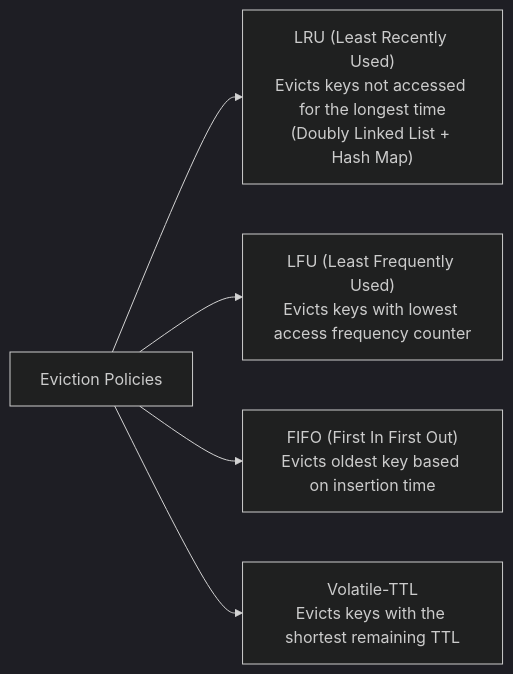
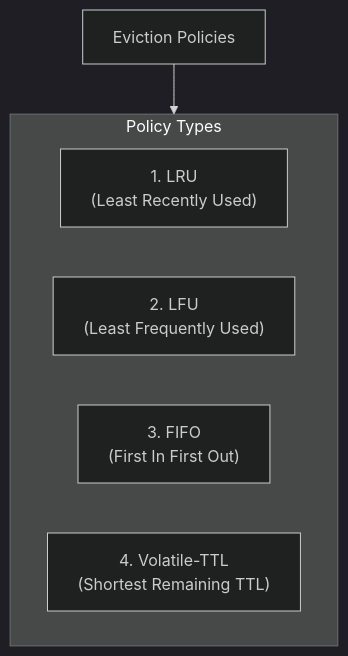
The second of 5 diagrams in strivers-hld/05-Caching/README.md (Sourav108/strivers-lld), drawn with Mermaid (dark theme) before and after one commit. The commit also changed other lines of this file and 39 other files, not shown here.

Commit message:
fix(mermaid): wrap node labels, simplify diamonds, and reformat wide diagrams for perfect GitHub rendering

````diff
--- a/strivers-hld/05-Caching/README.md
+++ b/strivers-hld/05-Caching/README.md
@@ -44,7 +44,13 @@
 ```mermaid
-flowchart LR
-    Policies["Eviction Policies"] --> LRU["LRU (Least Recently Used)<br/>Evicts keys not accessed for the longest time<br/>(Doubly Linked List + Hash Map)"]
-    Policies --> LFU["LFU (Least Frequently Used)<br/>Evicts keys with lowest access frequency counter"]
-    Policies --> FIFO["FIFO (First In First Out)<br/>Evicts oldest key based on insertion time"]
-    Policies --> TTL["Volatile-TTL<br/>Evicts keys with the shortest remaining TTL"]
+flowchart TD
+    Policies["Eviction Policies"]
+    
+    subgraph EvictionTypes["Policy Types"]
+        LRU["1. LRU<br/>(Least Recently Used)"]
+        LFU["2. LFU<br/>(Least Frequently Used)"]
+        FIFO["3. FIFO<br/>(First In First Out)"]
+        TTL["4. Volatile-TTL<br/>(Shortest Remaining TTL)"]
+    end
+
+    Policies --> EvictionTypes
 ```
````
